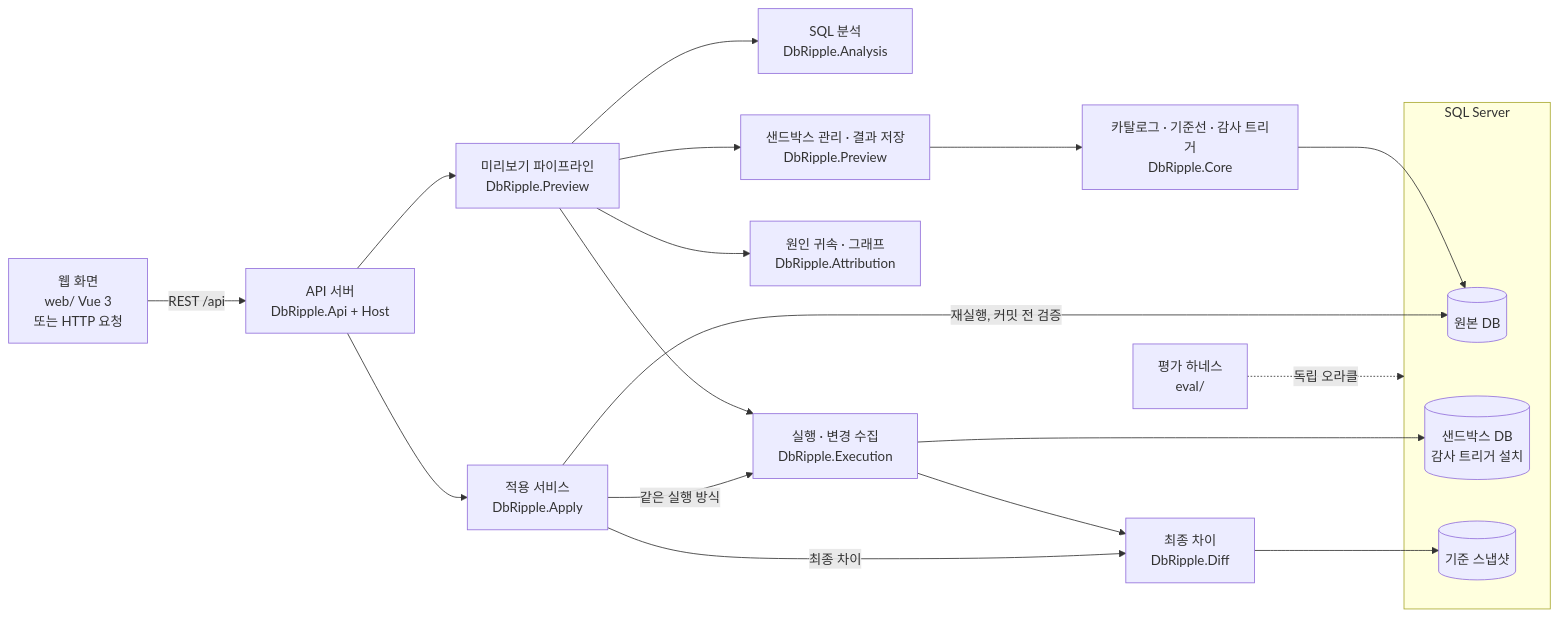
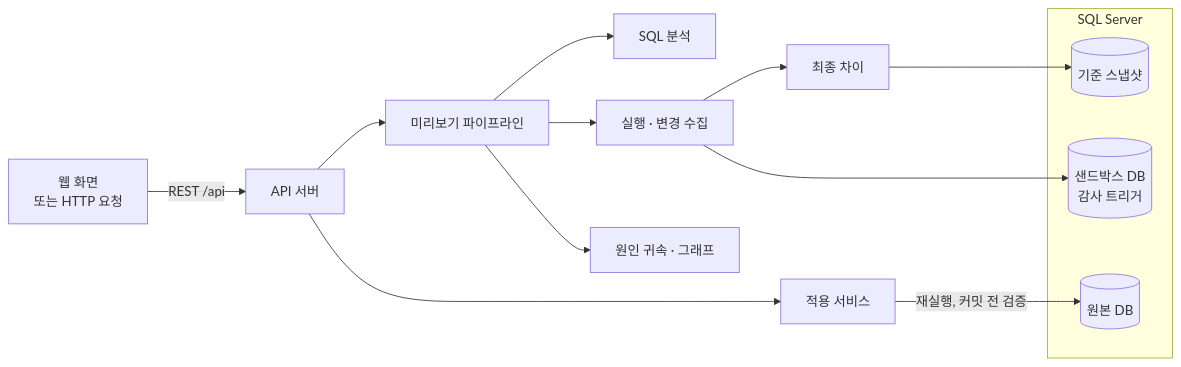
The diagram in README.md (yoyowasi/db-ripple), drawn with Mermaid before and after one commit. The commit also changed other lines of this file, not shown here.

````diff
--- a/README.md
+++ b/README.md
@@ -72,24 +143,18 @@
 ```mermaid
 flowchart LR
-  U[웹 화면<br/>web/ Vue 3<br/>또는 HTTP 요청] -->|REST /api| API[API 서버<br/>DbRipple.Api + Host]
-  API --> P[미리보기 파이프라인<br/>DbRipple.Preview]
-  API --> AP[적용 서비스<br/>DbRipple.Apply]
-  P --> A[SQL 분석<br/>DbRipple.Analysis]
-  P --> E[실행 · 변경 수집<br/>DbRipple.Execution]
-  E --> D[최종 차이<br/>DbRipple.Diff]
-  P --> R[원인 귀속 · 그래프<br/>DbRipple.Attribution]
-  P --> S[샌드박스 관리 · 결과 저장<br/>DbRipple.Preview]
-  S --> CORE[카탈로그 · 기준선 · 감사 트리거<br/>DbRipple.Core]
+  U[웹 화면<br/>또는 HTTP 요청] -->|REST /api| API[API 서버]
+  API --> P[미리보기 파이프라인]
+  API --> AP[적용 서비스]
+  P --> A[SQL 분석]
+  P --> E[실행 · 변경 수집]
+  E --> D[최종 차이]
+  P --> R[원인 귀속 · 그래프]
   subgraph SQL[SQL Server]
     O[(원본 DB)]
-    SB[(샌드박스 DB<br/>감사 트리거 설치)]
+    SB[(샌드박스 DB<br/>감사 트리거)]
     SN[(기준 스냅샷)]
   end
   E --> SB
   D --> SN
-  CORE --> O
-  AP -->|같은 실행 방식| E
-  AP -->|최종 차이| D
   AP -->|재실행, 커밋 전 검증| O
-  EV[평가 하네스<br/>eval/] -. 독립 오라클 .-> SQL
 ```
````
